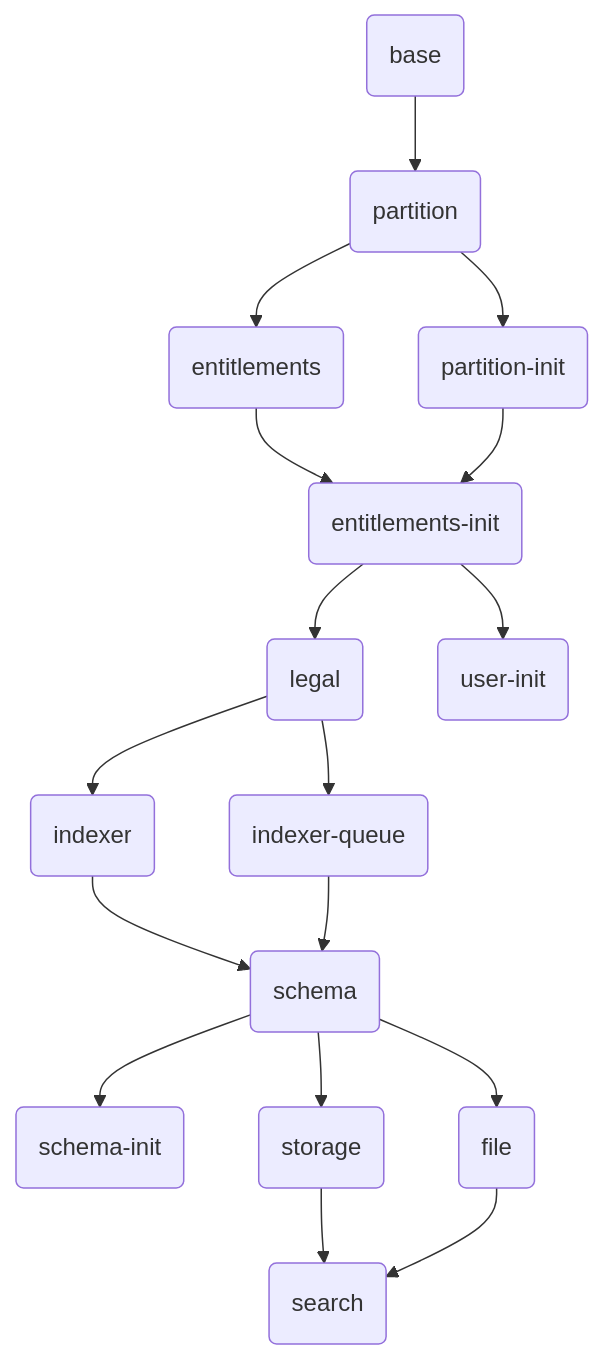
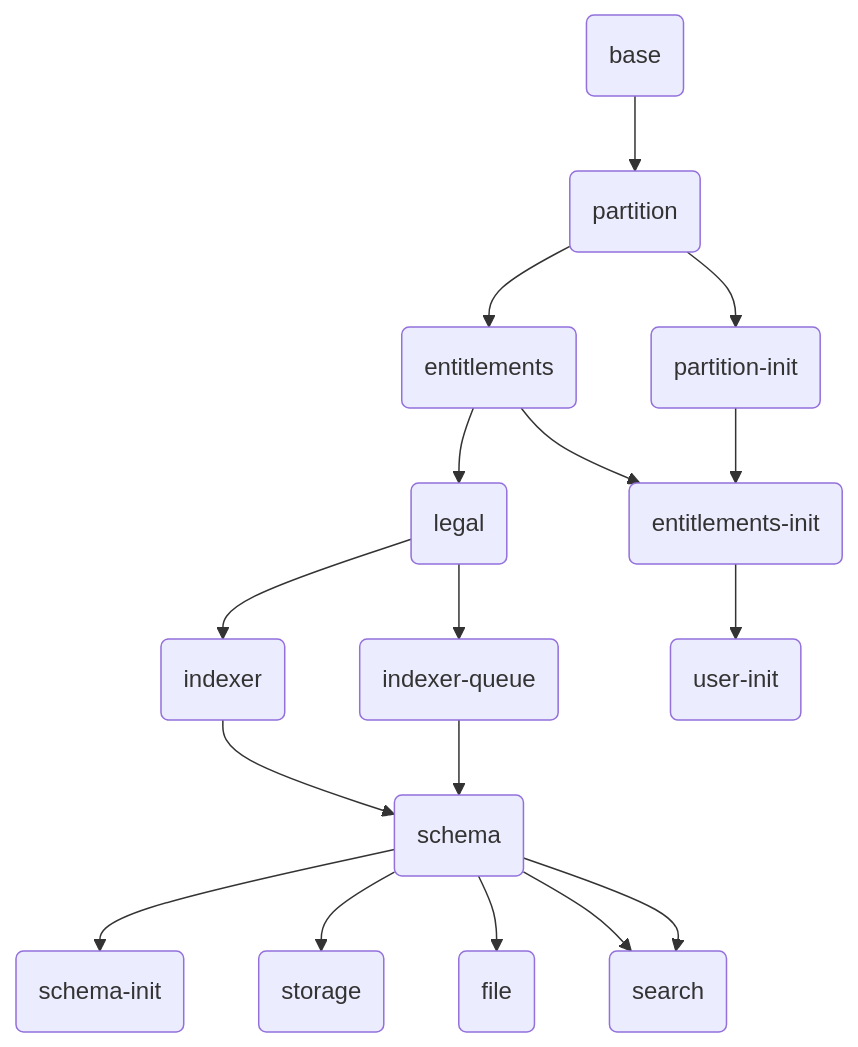
The diagram in software/applications/osdu-core/README.md (Azure/osdu-developer), drawn with Mermaid before and after one commit. The commit also changed 5 other files, not shown here.

Commit message:
Reorder sequence.

````diff
--- a/software/applications/osdu-core/README.md
+++ b/software/applications/osdu-core/README.md
@@ -3,34 +3,35 @@
 ```mermaid
 flowchart TD
   base("base")
   partition("partition")
   partition_init("partition-init")
   entitlements("entitlements")
   entitlements_init("entitlements-init")
   legal("legal")
   indexer("indexer")
   indexer_queue("indexer-queue")
   user_init("user-init")
   schema("schema")
   schema_init("schema-init")
   storage("storage")
   file("file")
   search("search")
 
   base-->partition
   partition-->entitlements
   partition-->partition_init
   entitlements-->entitlements_init
   partition_init-->entitlements_init
-  entitlements_init-->legal
+  entitlements_init-->user_init
+  entitlements-->legal
   legal-->indexer
   legal-->indexer_queue
-  entitlements_init-->user_init
+  
   indexer-->schema
   indexer_queue-->schema
   schema-->schema_init
   schema-->storage
   schema-->file
-  storage-->search
-  file-->search
+  schema-->search
+  schema-->search
 ```
````
